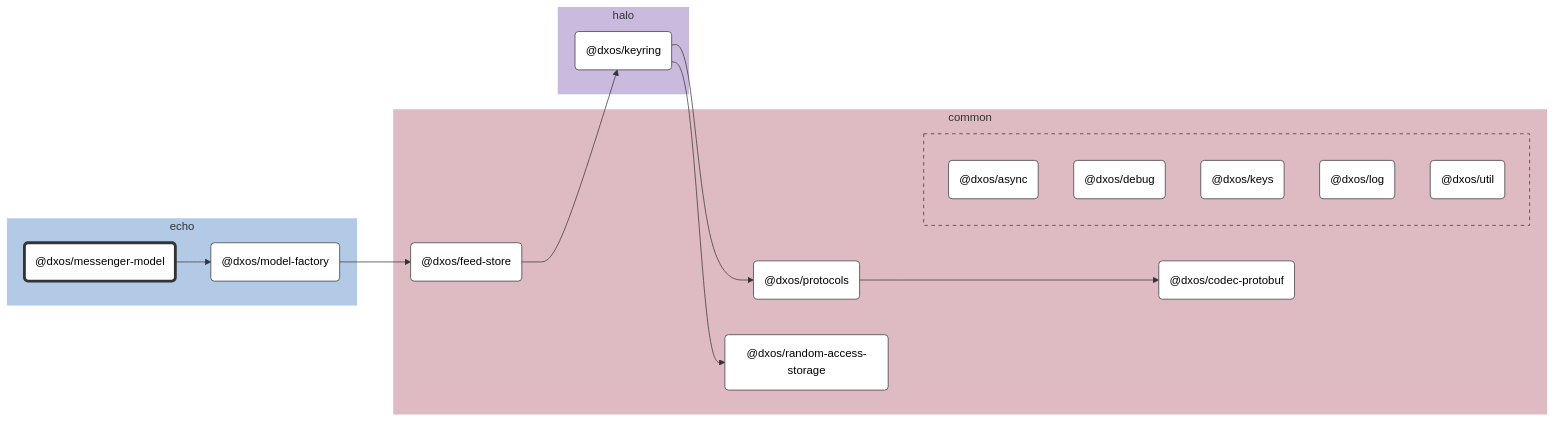
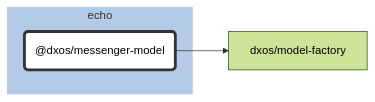
The diagram in packages/echo/messenger-model/docs/README.md (dxos/dxos), drawn with Mermaid (forest theme) before and after one commit. The commit also changed 87 other files, not shown here.

````diff
--- a/packages/echo/messenger-model/docs/README.md
+++ b/packages/echo/messenger-model/docs/README.md
@@ -7,79 +7,21 @@
 ```mermaid
 %%{ init: {'flowchart':{'curve':'basis'}} }%%
 
 flowchart LR
 
-%% Links
-dxos/feed-store --> dxos/keyring;
-dxos/keyring --> dxos/protocols;
-dxos/keyring --> dxos/random-access-storage;
-dxos/messenger-model --> dxos/model-factory;
-dxos/model-factory --> dxos/feed-store;
-dxos/protocols --> dxos/codec-protobuf;
+%% Classes
+classDef def fill:#fff,stroke:#333,stroke-width:1px
+classDef root fill:#fff,stroke:#333,stroke-width:4px
 
-%% Sections
-subgraph echo
-  style echo fill:#b3cae6,stroke:#fff;
+%% Nodes
 
-  dxos/messenger-model("@dxos/messenger-model")
-  dxos/model-factory("@dxos/model-factory")
+subgraph echo [echo]
+  style echo fill:#b3cae6,stroke:#fff
+  dxos/messenger-model("@dxos/messenger-model"):::root
+  click dxos/messenger-model "dxos/dxos/tree/main/packages/echo/messenger-model/docs"
 end
 
-subgraph common
-  style common fill:#debac2,stroke:#fff;
-
-  dxos/codec-protobuf("@dxos/codec-protobuf")
-  dxos/feed-store("@dxos/feed-store")
-  dxos/protocols("@dxos/protocols")
-  dxos/random-access-storage("@dxos/random-access-storage")
-
-  subgraph common-excluded [ ]
-    style common-excluded fill:#debac2,stroke:#333,stroke-dasharray:5 5;
-
-    dxos/async("@dxos/async")
-    dxos/debug("@dxos/debug")
-    dxos/keys("@dxos/keys")
-    dxos/log("@dxos/log")
-    dxos/util("@dxos/util")
-  end
-end
-
-subgraph halo
-  style halo fill:#cabade,stroke:#fff;
-
-  dxos/keyring("@dxos/keyring")
-end
-
-
-%% Hyperlinks
-click dxos/async "dxos/dxos/tree/main/packages/common/async/docs";
-click dxos/codec-protobuf "dxos/dxos/tree/main/packages/common/codec-protobuf/docs";
-click dxos/debug "dxos/dxos/tree/main/packages/common/debug/docs";
-click dxos/feed-store "dxos/dxos/tree/main/packages/common/feed-store/docs";
-click dxos/keyring "dxos/dxos/tree/main/packages/halo/keyring/docs";
-click dxos/keys "dxos/dxos/tree/main/packages/common/keys/docs";
-click dxos/log "dxos/dxos/tree/main/packages/common/log/docs";
-click dxos/model-factory "dxos/dxos/tree/main/packages/echo/model-factory/docs";
-click dxos/protocols "dxos/dxos/tree/main/packages/common/protocols/docs";
-click dxos/random-access-storage "dxos/dxos/tree/main/packages/common/random-access-storage/docs";
-click dxos/util "dxos/dxos/tree/main/packages/common/util/docs";
-
-%% Styles
-classDef rootNode fill:#fff,stroke:#333,stroke-width:4px
-classDef defaultNode fill:#fff,stroke:#333,stroke-width:1px
+%% Links
 linkStyle default stroke:#333,stroke-width:1px
-
-dxos/messenger-model:::rootNode
-
-dxos/async:::defaultNode
-dxos/codec-protobuf:::defaultNode
-dxos/debug:::defaultNode
-dxos/feed-store:::defaultNode
-dxos/keyring:::defaultNode
-dxos/keys:::defaultNode
-dxos/log:::defaultNode
-dxos/model-factory:::defaultNode
-dxos/protocols:::defaultNode
-dxos/random-access-storage:::defaultNode
-dxos/util:::defaultNode
+dxos/messenger-model --> dxos/model-factory
 ```
````
